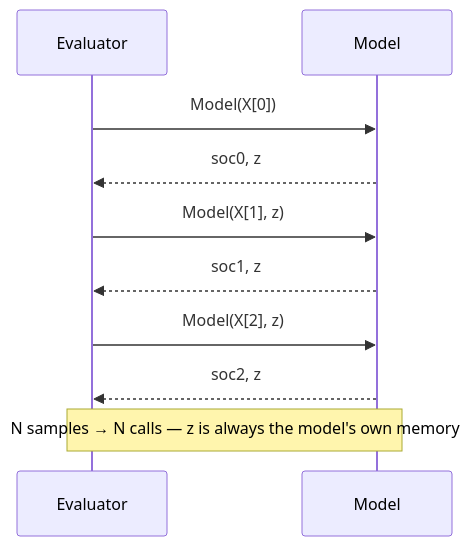
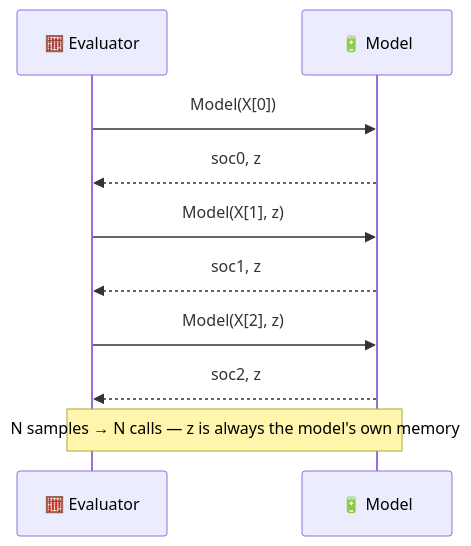
One commit to McMaster-Battery-Research-Group/battery-soc-benchmark changed the sixth of 6 diagrams in docs/walkthrough/05-the-evaluation-engine-running-the-model.md. Above: the diagram before and after it, drawn with Mermaid. The commit also changed other lines of this file and 38 other files, not shown here.

Commit message:
Walkthrough: consistent icon system (icon key, part and section icons, diagram labels) + tool/company logos

````diff
--- a/docs/walkthrough/05-the-evaluation-engine-running-the-model.md
+++ b/docs/walkthrough/05-the-evaluation-engine-running-the-model.md
@@ -126,13 +126,13 @@
 ```mermaid
 sequenceDiagram
-    participant E as Evaluator
-    participant M as Model
+    participant E as 🧮 Evaluator
+    participant M as 🔋 Model
 
     E->>M: Model(X[0])
     M-->>E: soc0, z
     E->>M: Model(X[1], z)
     M-->>E: soc1, z
     E->>M: Model(X[2], z)
     M-->>E: soc2, z
     Note over E,M: N samples → N calls — z is always the model's own memory
 ```
````
